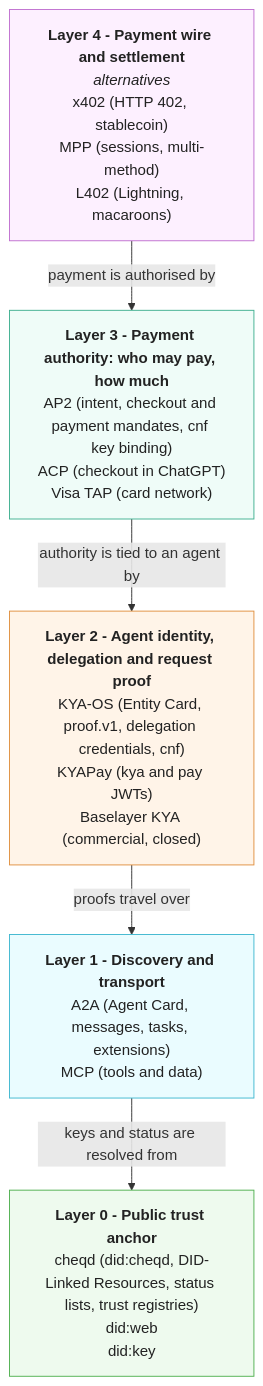
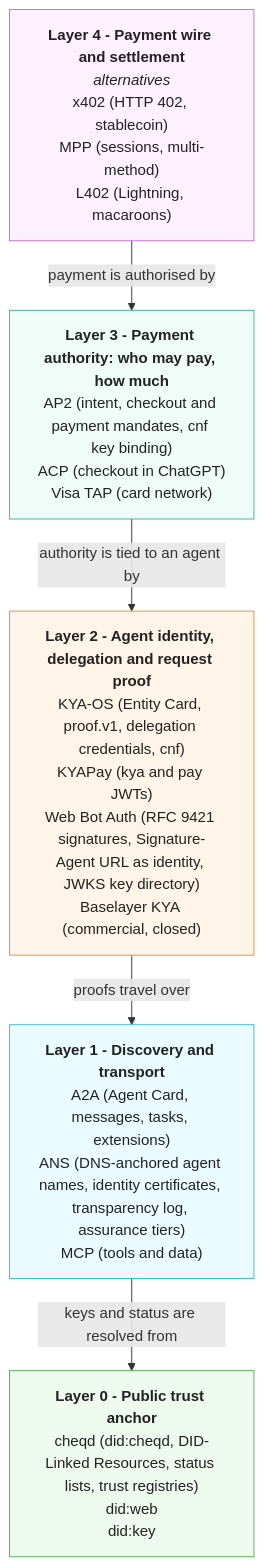
One commit to cheqd/agent-toolkit changed the first of 2 diagrams in docs/research/protocol-stack-2026-10.md. Above: the diagram before and after it, drawn with Mermaid. The commit also changed other lines of this file and 4 other files, not shown here.

First line of the commit message:
docs: add ANS and Web Bot Auth to the capability map

````diff
--- a/docs/research/protocol-stack-2026-10.md
+++ b/docs/research/protocol-stack-2026-10.md
@@ -9,24 +9,24 @@
 ```mermaid
 flowchart TB
     L4["<b>Layer 4 - Payment wire and settlement</b><br/><i>alternatives</i><br/>x402 (HTTP 402, stablecoin)<br/>MPP (sessions, multi-method)<br/>L402 (Lightning, macaroons)"]
     L3["<b>Layer 3 - Payment authority: who may pay, how much</b><br/>AP2 (intent, checkout and payment mandates, cnf key binding)<br/>ACP (checkout in ChatGPT)<br/>Visa TAP (card network)"]
-    L2["<b>Layer 2 - Agent identity, delegation and request proof</b><br/>KYA-OS (Entity Card, proof.v1, delegation credentials, cnf)<br/>KYAPay (kya and pay JWTs)<br/>Baselayer KYA (commercial, closed)"]
-    L1["<b>Layer 1 - Discovery and transport</b><br/>A2A (Agent Card, messages, tasks, extensions)<br/>MCP (tools and data)"]
+    L2["<b>Layer 2 - Agent identity, delegation and request proof</b><br/>KYA-OS (Entity Card, proof.v1, delegation credentials, cnf)<br/>KYAPay (kya and pay JWTs)<br/>Web Bot Auth (RFC 9421 signatures, Signature-Agent URL as identity, JWKS key directory)<br/>Baselayer KYA (commercial, closed)"]
+    L1["<b>Layer 1 - Discovery and transport</b><br/>A2A (Agent Card, messages, tasks, extensions)<br/>ANS (DNS-anchored agent names, identity certificates, transparency log, assurance tiers)<br/>MCP (tools and data)"]
     L0["<b>Layer 0 - Public trust anchor</b><br/>cheqd (did:cheqd, DID-Linked Resources, status lists, trust registries)<br/>did:web<br/>did:key"]
 
     L4 -->|"payment is authorised by"| L3
     L3 -->|"authority is tied to an agent by"| L2
     L2 -->|"proofs travel over"| L1
     L1 -->|"keys and status are resolved from"| L0
 
     classDef l4 fill:#fdf0ff,stroke:#c070d0,color:#222
     classDef l3 fill:#effcf8,stroke:#40b090,color:#222
     classDef l2 fill:#fff4e8,stroke:#e09040,color:#222
     classDef l1 fill:#eafcff,stroke:#40b8d0,color:#222
     classDef l0 fill:#eefaee,stroke:#50b050,color:#222
     class L4 l4
     class L3 l3
     class L2 l2
     class L1 l1
     class L0 l0
 ```
````
